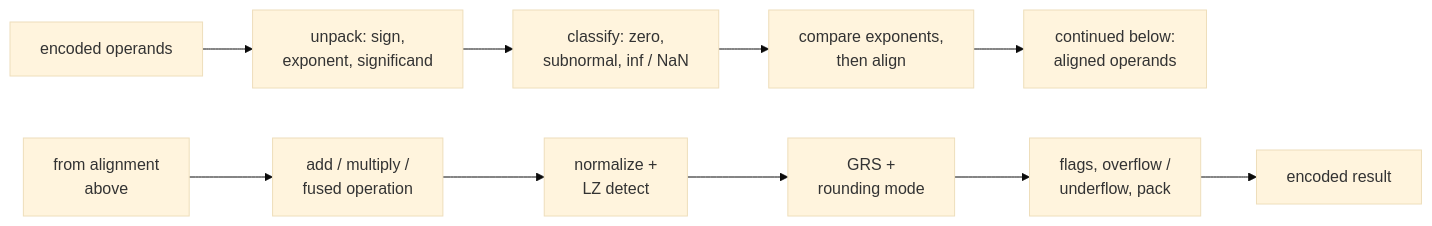
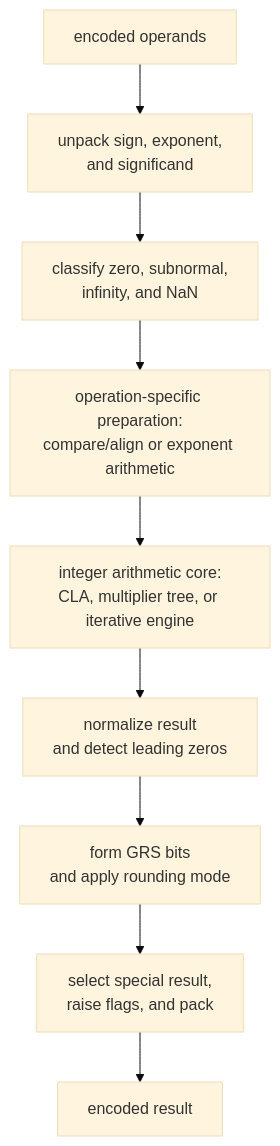
The first of 9 diagrams in 00_Fundamentals/04_Floating_Point.md (Wty2003328/silicon-design-notebook), drawn with Mermaid (base theme) before and after one commit. The commit also changed other lines of this file, not shown here.

Commit message:
Fix FP figure rendering and readability

````diff
--- a/00_Fundamentals/04_Floating_Point.md
+++ b/00_Fundamentals/04_Floating_Point.md
@@ -3,5 +3,11 @@
 ```mermaid
-flowchart LR
-  IN["encoded operands"] --> UN["unpack: sign,<br/>exponent, significand"] --> SP["classify: zero,<br/>subnormal, inf / NaN"] --> AL["compare exponents,<br/>then align"] --> CB["continued below:<br/>aligned operands"]
-  FA["from alignment<br/>above"] --> OP["add / multiply /<br/>fused operation"] --> NO["normalize +<br/>LZ detect"] --> RN["GRS +<br/>rounding mode"] --> PK["flags, overflow /<br/>underflow, pack"] --> ER["encoded result"]
+flowchart TB
+  IN["encoded operands"] --> UN["unpack sign, exponent,<br/>and significand"]
+  UN --> SP["classify zero, subnormal,<br/>infinity, and NaN"]
+  SP --> PRE["operation-specific preparation:<br/>compare/align or exponent arithmetic"]
+  PRE --> OP["integer arithmetic core:<br/>CLA, multiplier tree, or iterative engine"]
+  OP --> NO["normalize result<br/>and detect leading zeros"]
+  NO --> RN["form GRS bits<br/>and apply rounding mode"]
+  RN --> PK["select special result,<br/>raise flags, and pack"]
+  PK --> ER["encoded result"]
 ```
````
